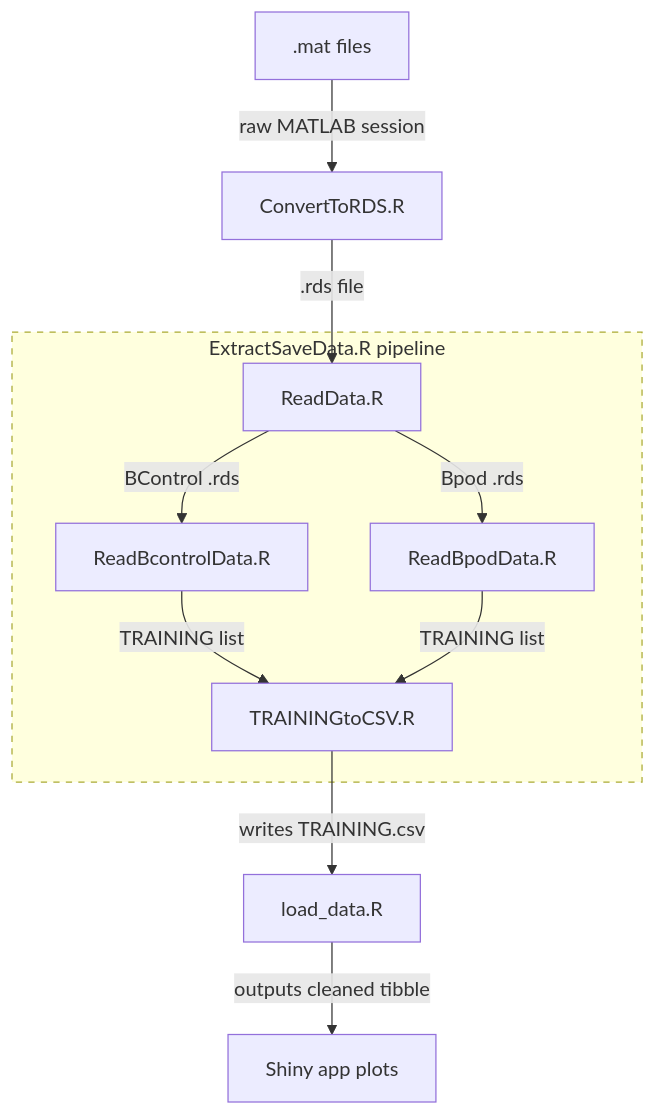
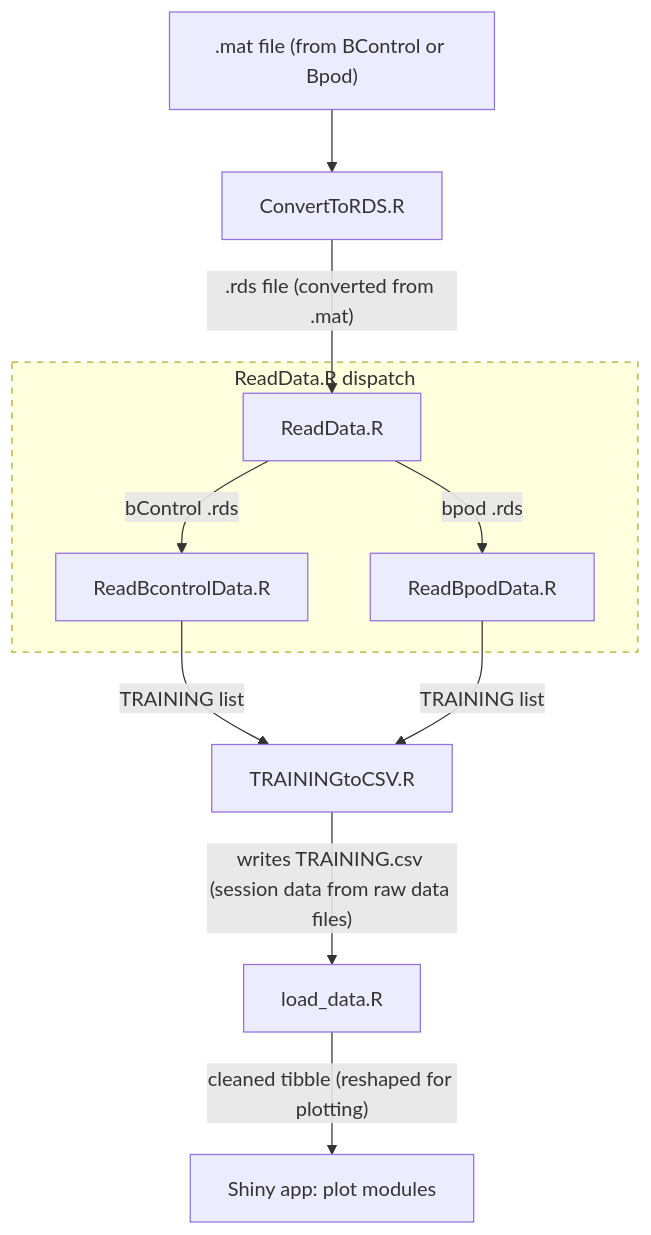
Before and after one commit to LIMLabSWC/shiny-performance-tracking: the diagram in docs/architecture.md, drawn with Mermaid.

Commit message:
update mermaid graph

````diff
--- a/docs/architecture.md
+++ b/docs/architecture.md
@@ -25,21 +25,23 @@
 ```mermaid
 graph TD
 
-  %% Raw input
-  A[.mat files] -->|raw MATLAB session| B[ConvertToRDS.R]
-  B -->|.rds file| C[ReadData.R]
+  %% Step 1: .mat input to .rds
+  A[".mat file (from BControl or Bpod)"] --> B[ConvertToRDS.R]
+  B -->|".rds file (converted from .mat)"| C[ReadData.R]
 
-  %% ExtractSaveData.R encapsulated logic
-  subgraph EX [ExtractSaveData.R pipeline]
-    style EX stroke-dasharray: 5 5
-
-    C -->|BControl .rds| D[ReadBcontrolData.R]
-    C -->|Bpod .rds| E[ReadBpodData.R]
-    D -->|TRAINING list| F[TRAININGtoCSV.R]
-    E -->|TRAINING list| F
+  %% Step 2: Dispatch to reader
+  subgraph ReadData.R [ReadData.R dispatch]
+    style ReadData.R stroke-dasharray: 5 5
+    C -->|bControl .rds| D[ReadBcontrolData.R]
+    C -->|bpod .rds| E[ReadBpodData.R]
   end
 
-  F -->|writes TRAINING.csv| G[load_data.R]
-  G -->|outputs cleaned tibble| H[Shiny app plots]
+  %% Step 3: Output to CSV
+  D -->|TRAINING list| F[TRAININGtoCSV.R]
+  E -->|TRAINING list| F
+  F -->|"writes TRAINING.csv (session data from raw data files)"| G[load_data.R]
+
+  %% Step 4: Shiny pipeline
+  G -->|"cleaned tibble (reshaped for plotting)"| H[Shiny app: plot modules]
 
 ```
````
